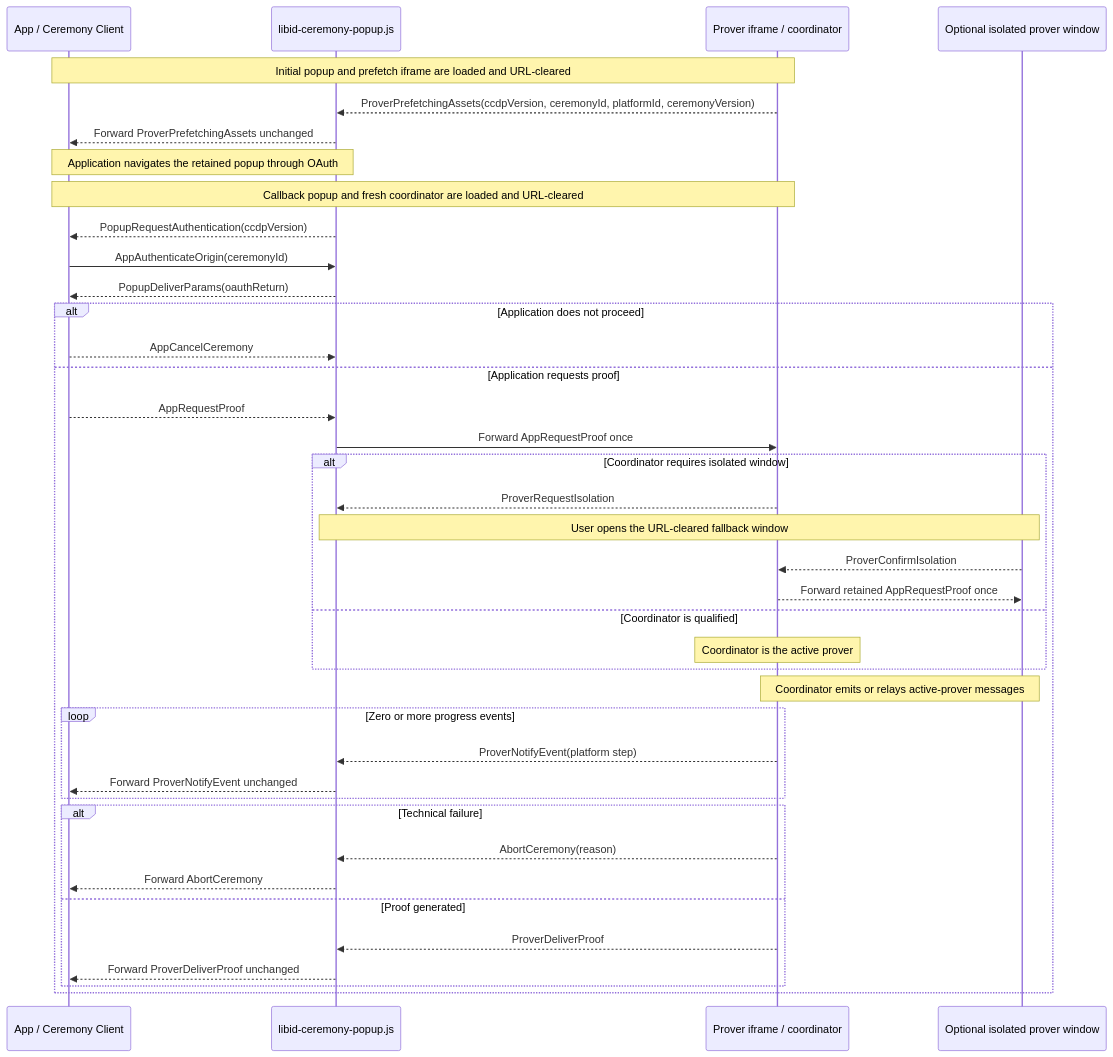
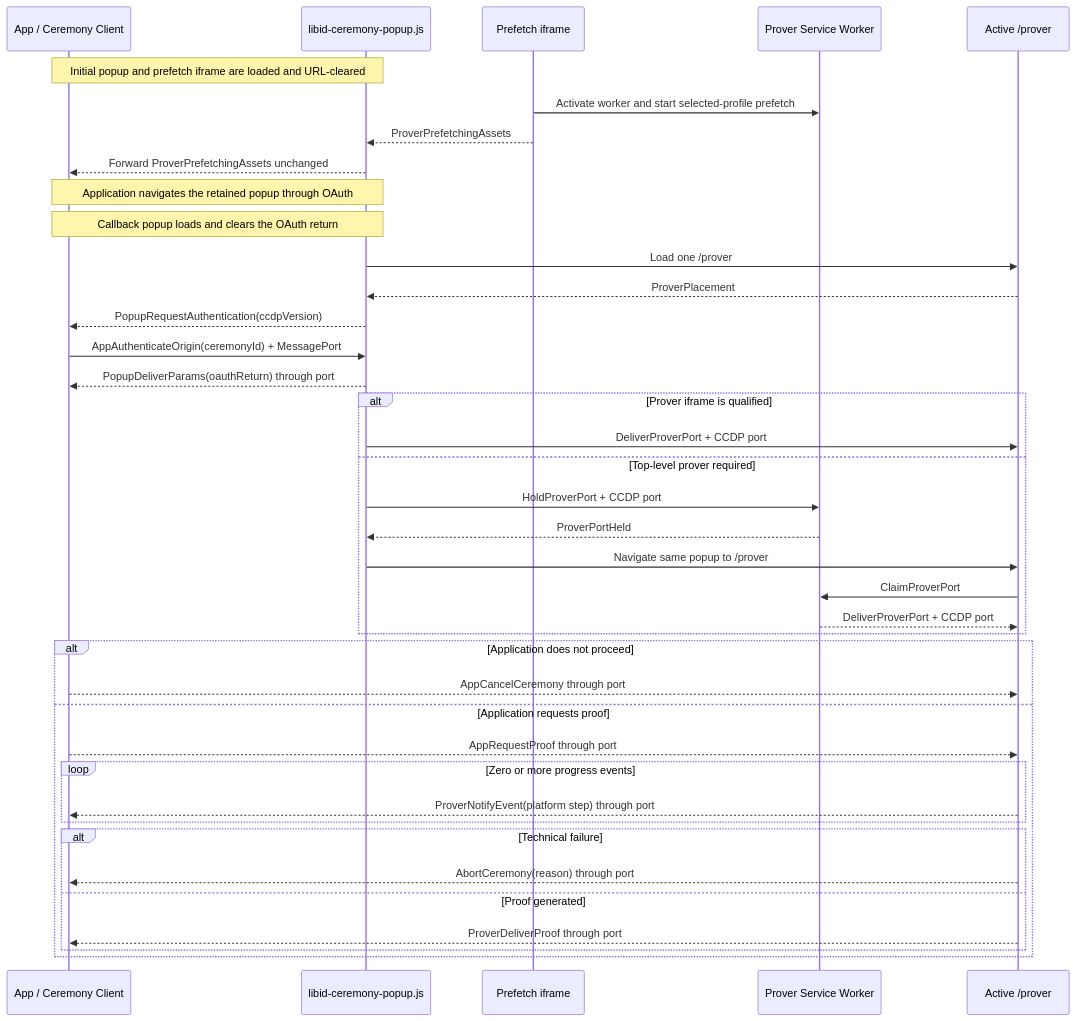
One commit to libid-org/libid changed the diagram in ts/packages/ceremony/CCDP.md. Above: the diagram before and after it, drawn with Mermaid. The commit also changed other lines of this file and 5 other files, not shown here.

Commit message:
docs(ceremony): simplify browser architecture

````diff
--- a/ts/packages/ceremony/CCDP.md
+++ b/ts/packages/ceremony/CCDP.md
@@ -406,42 +456,42 @@
 ```mermaid
 sequenceDiagram
     participant A as App / Ceremony Client
     participant C as libid-ceremony-popup.js
-    participant P as Prover iframe / coordinator
-    participant W as Optional isolated prover window
+    participant F as Prefetch iframe
+    participant S as Prover Service Worker
+    participant P as Active /prover
 
-    Note over A,P: Initial popup and prefetch iframe are loaded and URL-cleared
-    P-->>C: ProverPrefetchingAssets(ccdpVersion, ceremonyId, platformId, ceremonyVersion)
+    Note over A,C: Initial popup and prefetch iframe are loaded and URL-cleared
+    F->>S: Activate worker and start selected-profile prefetch
+    F-->>C: ProverPrefetchingAssets
     C-->>A: Forward ProverPrefetchingAssets unchanged
     Note over A,C: Application navigates the retained popup through OAuth
-    Note over A,P: Callback popup and fresh coordinator are loaded and URL-cleared
+    Note over A,C: Callback popup loads and clears the OAuth return
+    C->>P: Load one /prover#ceremonyId iframe
+    P-->>C: ProverPlacement
     C-->>A: PopupRequestAuthentication(ccdpVersion)
-    A->>C: AppAuthenticateOrigin(ceremonyId)
-    C-->>A: PopupDeliverParams(oauthReturn)
+    A->>C: AppAuthenticateOrigin(ceremonyId) + MessagePort
+    C-->>A: PopupDeliverParams(oauthReturn) through port
+    alt Prover iframe is qualified
+        C->>P: DeliverProverPort + CCDP port
+    else Top-level prover required
+        C->>S: HoldProverPort + CCDP port
+        S-->>C: ProverPortHeld
+        C->>P: Navigate same popup to /prover#ceremonyId
+        P->>S: ClaimProverPort
+        S-->>P: DeliverProverPort + CCDP port
+    end
     alt Application does not proceed
-        A-->>C: AppCancelCeremony
+        A-->>P: AppCancelCeremony through port
     else Application requests proof
-        A-->>C: AppRequestProof
-        C->>P: Forward AppRequestProof once
-        alt Coordinator requires isolated window
-            P-->>C: ProverRequestIsolation
-            Note over C,W: User opens the URL-cleared fallback window
-            W-->>P: ProverConfirmIsolation
-            P-->>W: Forward retained AppRequestProof once
-        else Coordinator is qualified
-            Note over P: Coordinator is the active prover
-        end
-        Note over P,W: Coordinator emits or relays active-prover messages
+        A-->>P: AppRequestProof through port
         loop Zero or more progress events
-            P-->>C: ProverNotifyEvent(platform step)
-            C-->>A: Forward ProverNotifyEvent unchanged
+            P-->>A: ProverNotifyEvent(platform step) through port
         end
         alt Technical failure
-            P-->>C: AbortCeremony(reason)
-            C-->>A: Forward AbortCeremony
+            P-->>A: AbortCeremony(reason) through port
         else Proof generated
-            P-->>C: ProverDeliverProof
-            C-->>A: Forward ProverDeliverProof unchanged
+            P-->>A: ProverDeliverProof through port
         end
     end
 ```
````
